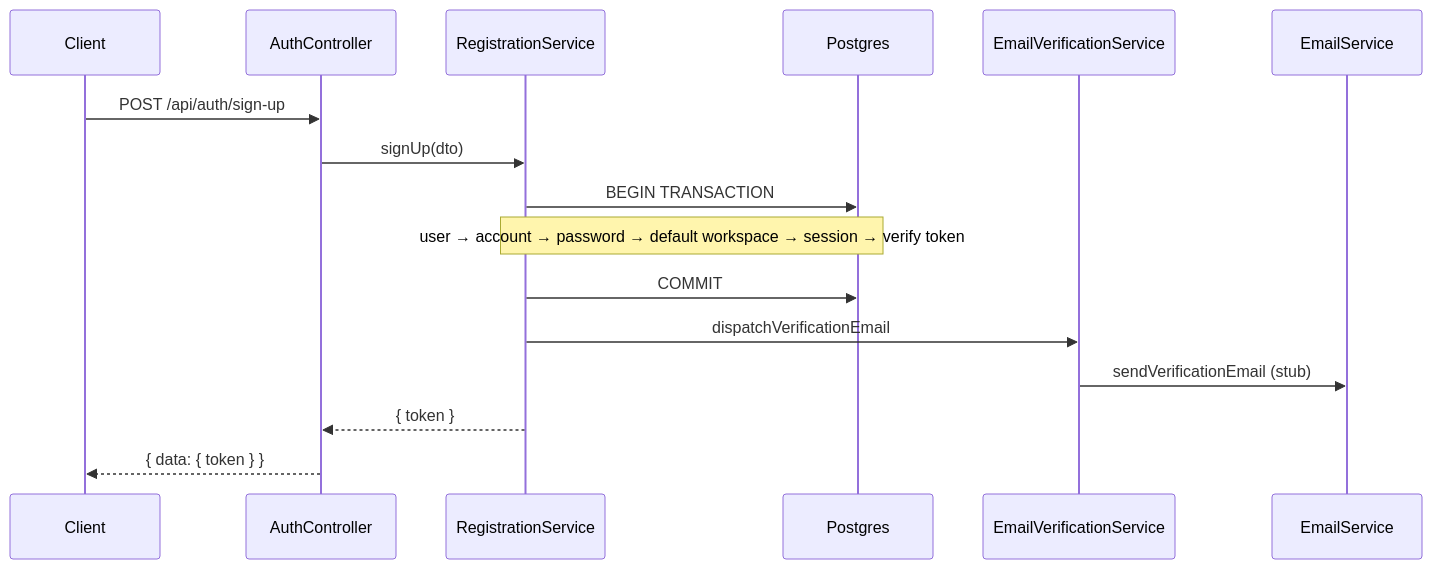
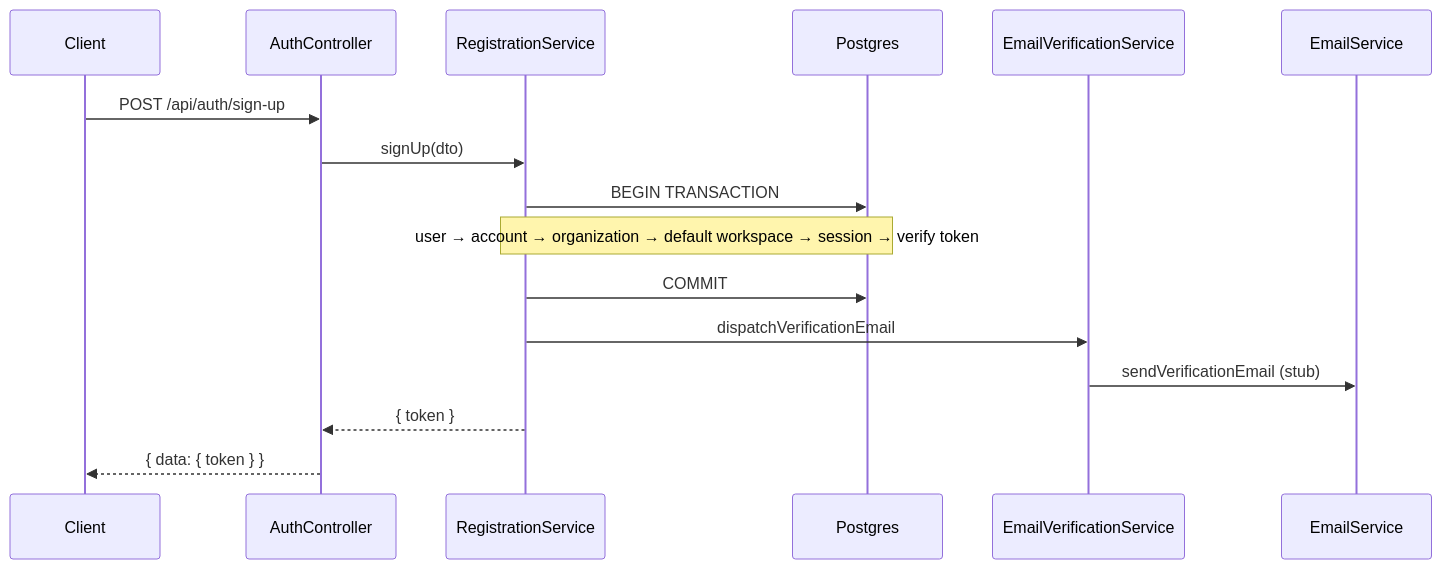
The fifth of 10 diagrams in docs/architecture-roadmap.md (bohdanchornopolskyi/impact-inbox), drawn with Mermaid before and after one commit. The commit also changed other lines of this file and 7 other files, not shown here.

First line of the commit message:
refactor(docs): update architecture and context documentation for organization and workspace model

````diff
--- a/docs/architecture-roadmap.md
+++ b/docs/architecture-roadmap.md
@@ -216,19 +233,19 @@
 ```mermaid
 sequenceDiagram
   participant C as Client
   participant AC as AuthController
   participant RS as RegistrationService
   participant DB as Postgres
   participant EV as EmailVerificationService
   participant EM as EmailService
 
   C->>AC: POST /api/auth/sign-up
   AC->>RS: signUp(dto)
   RS->>DB: BEGIN TRANSACTION
-  Note over RS,DB: user → account → password → default workspace → session → verify token
+  Note over RS,DB: user → account → organization → default workspace → session → verify token
   RS->>DB: COMMIT
   RS->>EV: dispatchVerificationEmail
   EV->>EM: sendVerificationEmail (stub)
   RS-->>AC: { token }
   AC-->>C: { data: { token } }
 ```
````
